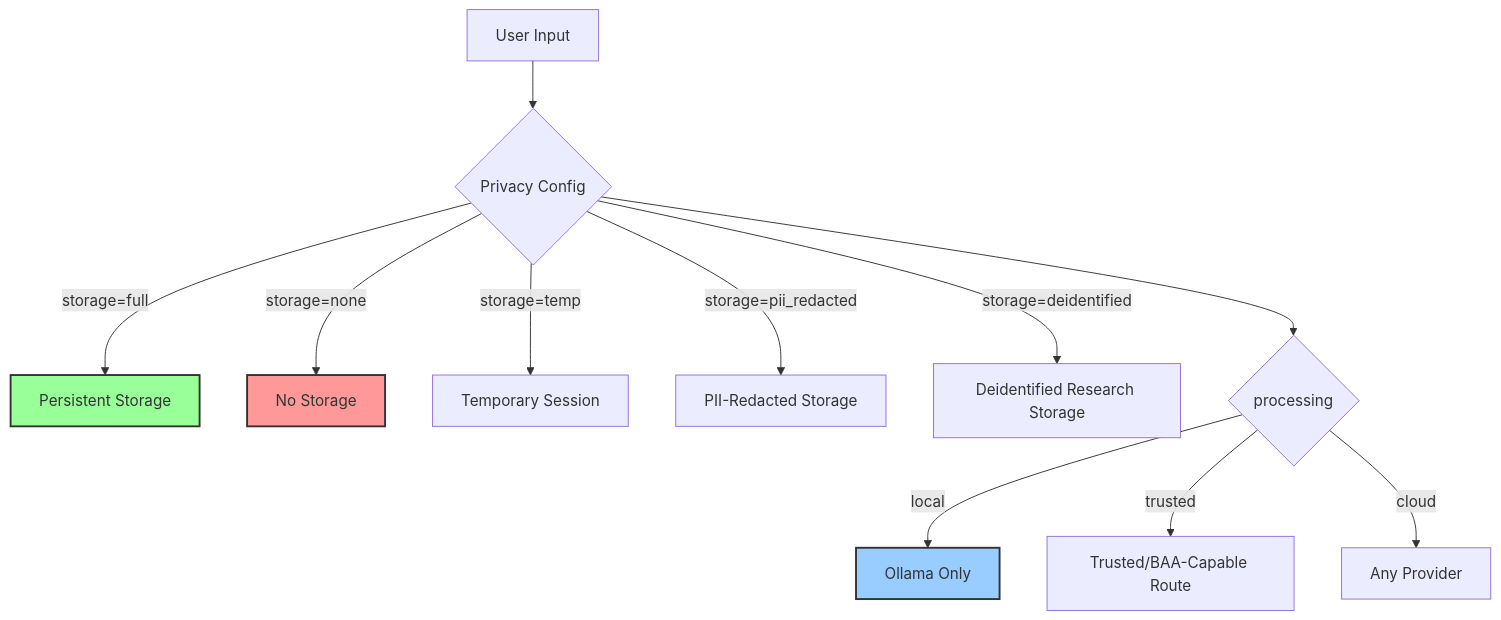
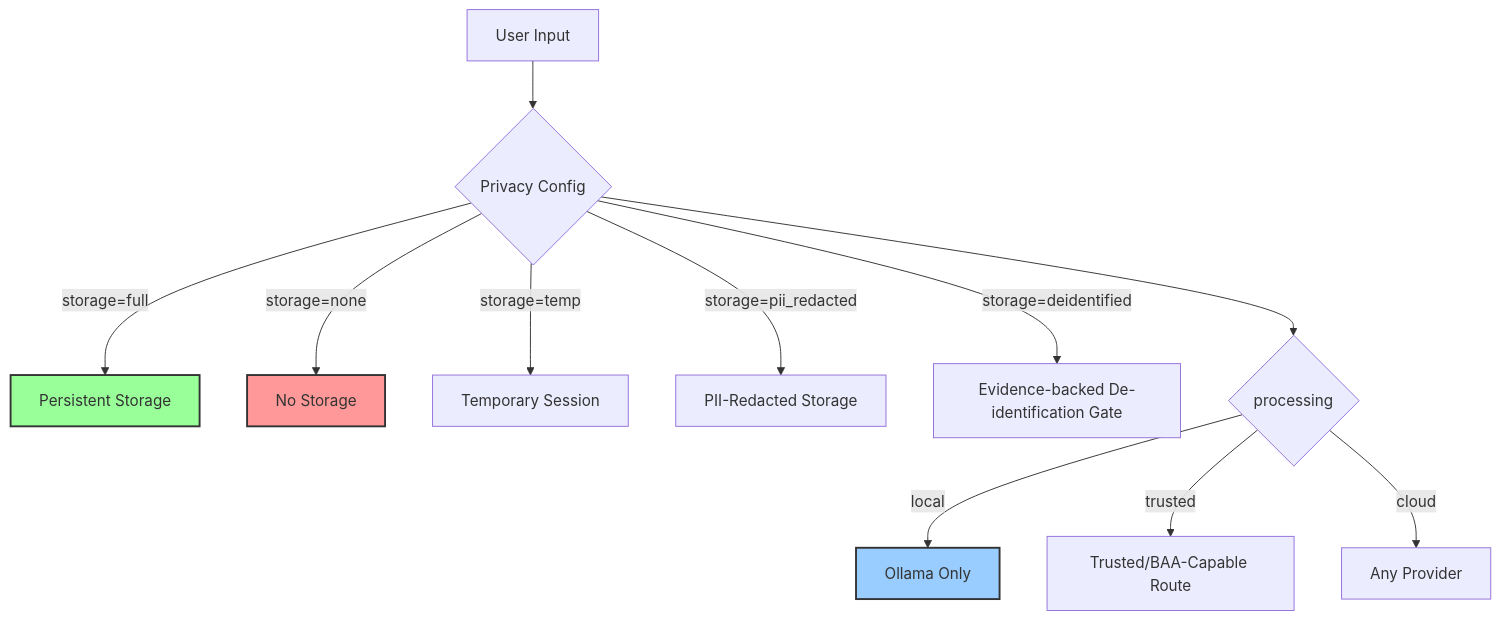
The first of 2 diagrams in docs/architecture/security/PRIVACY_MODES.md (KestrelSovereignAI/kestrel-sovereign), drawn with Mermaid before and after one commit. The commit also changed other lines of this file and 55 other files, not shown here.

````diff
--- a/docs/architecture/security/PRIVACY_MODES.md
+++ b/docs/architecture/security/PRIVACY_MODES.md
@@ -55,19 +55,19 @@
 ```mermaid
 graph TD
     A[User Input] --> B{Privacy Config}
     
     B -->|storage=full| C[Persistent Storage]
     B -->|storage=none| D[No Storage]
     B -->|storage=temp| E[Temporary Session]
     B -->|storage=pii_redacted| F[PII-Redacted Storage]
-    B -->|storage=deidentified| J[Deidentified Research Storage]
+    B -->|storage=deidentified| J[Evidence-backed De-identification Gate]
     
     B --> G{processing}
     G -->|local| H[Ollama Only]
     G -->|trusted| K[Trusted/BAA-Capable Route]
     G -->|cloud| I[Any Provider]
     
     style D fill:#ff9999,stroke:#333,stroke-width:2px
     style H fill:#99ccff,stroke:#333,stroke-width:2px
     style C fill:#99ff99,stroke:#333,stroke-width:2px
 ```
````
